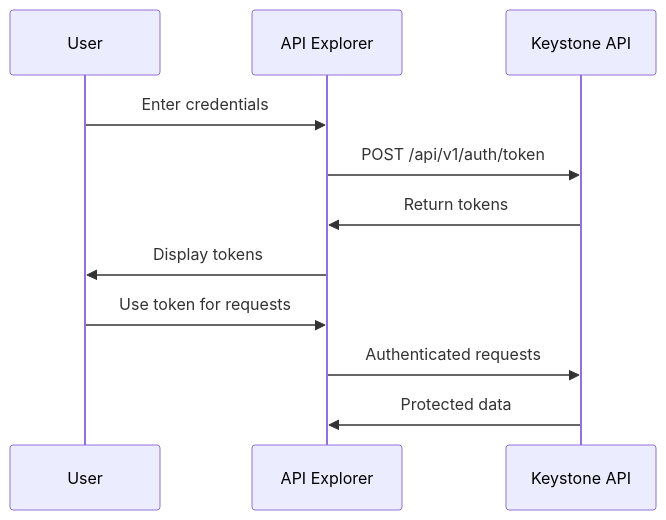
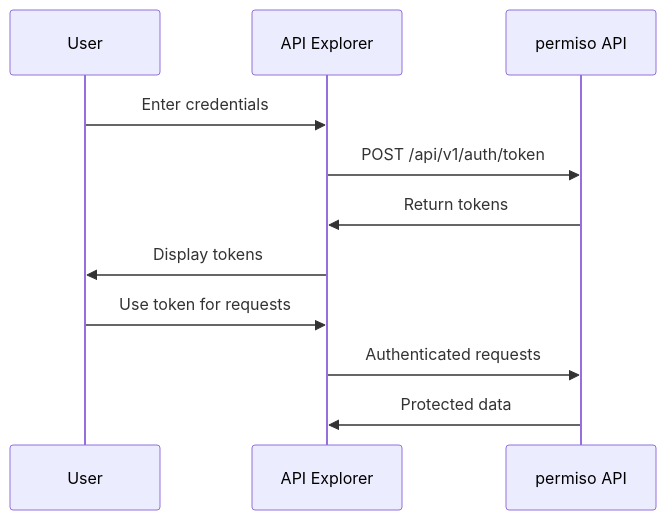
Before and after one commit to zakaria-lahyani/permiso: the diagram in docs/developer-portal/api-explorer.md, drawn with Mermaid. The commit also changed other lines of this file and 66 other files, not shown here.

````diff
--- a/docs/developer-portal/api-explorer.md
+++ b/docs/developer-portal/api-explorer.md
@@ -145,14 +145,14 @@
 ```mermaid
 sequenceDiagram
     participant User as User
     participant Explorer as API Explorer
-    participant API as Keystone API
+    participant API as permiso API
 
     User->>Explorer: Enter credentials
     Explorer->>API: POST /api/v1/auth/token
     API->>Explorer: Return tokens
     Explorer->>User: Display tokens
     User->>Explorer: Use token for requests
     Explorer->>API: Authenticated requests
     API->>Explorer: Protected data
 ```
````
